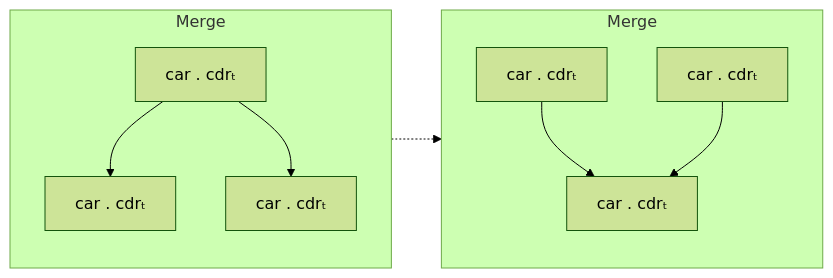
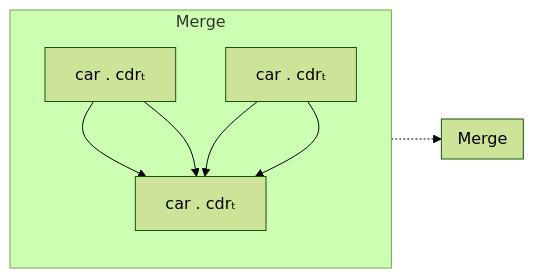
One commit to raviqqe/doc changed the diagram in slides/papers/stak-scheme/merge.mmd. Above: the diagram before and after it, drawn with Mermaid (forest theme).

```diff
--- a/slides/papers/stak-scheme/merge.mmd
+++ b/slides/papers/stak-scheme/merge.mmd
@@ -1,16 +1,16 @@
 flowchart LR
   subgraph s0[Merge]
     direction TB
 
-    c0[car . cdrₜ] --> c1[car . cdrₜ]
-    c0 --> c2[car . cdrₜ]
+    c3[car . cdrₜ] --> c5[car . cdrₜ]
+    c4[car . cdrₜ] --> c5
   end
 
   s0 -.-> s1
 
   subgraph s1[Merge]
     direction TB
 
     c3[car . cdrₜ] --> c5[car . cdrₜ]
     c4[car . cdrₜ] --> c5
   end
```
